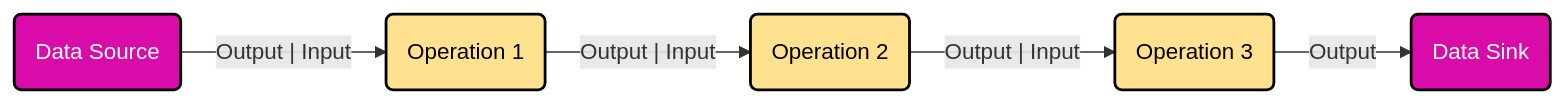
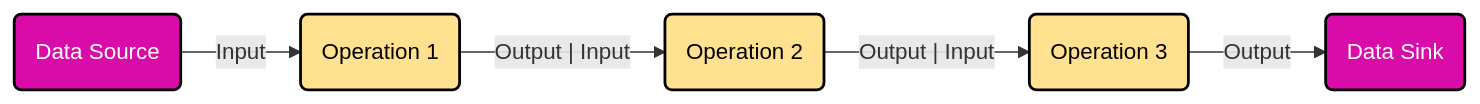
Before and after one commit to thrasher995/thrasher995.github.io: the first of 4 diagrams in _posts/2022-02-22-Data-Pipelines.md, drawn with Mermaid.

Commit message:
Fixed Pipeline Example

```diff
--- a/_posts/2022-02-22-Data-Pipelines.md
+++ b/_posts/2022-02-22-Data-Pipelines.md
@@ -23,12 +23,12 @@
 <div class="mermaid">
 flowchart LR;
-    A("Data Source") --"Output | Input"--> B("Operation 1");
+    A("Data Source") --"Input"--> B("Operation 1");
     B --"Output | Input"--> C("Operation 2");
     C --"Output | Input"--> D("Operation 3");
     D  --"Output" -->  E("Data Sink");  
     style A fill:#d90ba9,stroke:#000,stroke-width:2px,color:#fff
     style B fill:#ffe18f,stroke:#000,stroke-width:2px,color:#000
     style C fill:#ffe18f,stroke:#000,stroke-width:2px,color:#000
     style D fill:#ffe18f,stroke:#000,stroke-width:2px,color:#000
     style E fill:#d90ba9,stroke:#000,stroke-width:2px,color:#fff
 </div>
```
